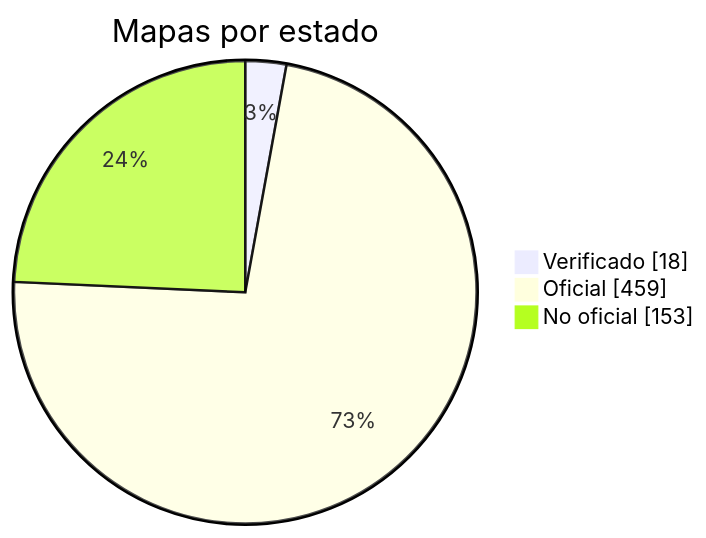
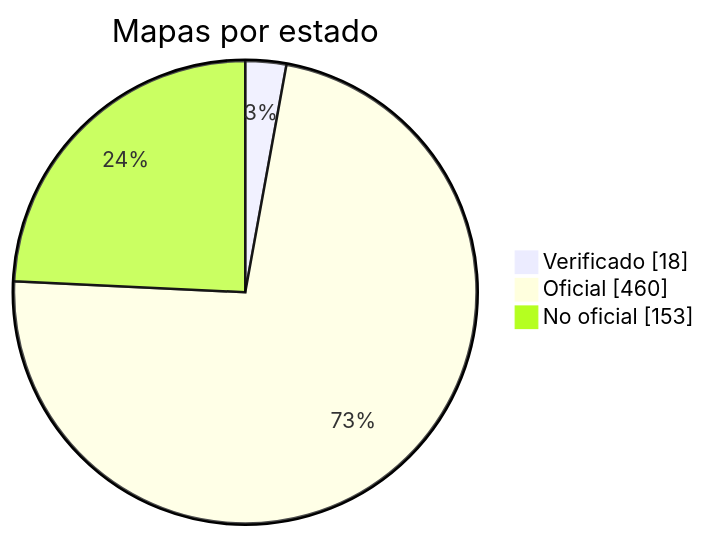
Before and after one commit to nobrega8/mbmap-library: the diagram in docs/readme/README_ES.md, drawn with Mermaid. The commit also changed 6 other files, not shown here.

````diff
--- a/docs/readme/README_ES.md
+++ b/docs/readme/README_ES.md
@@ -54,7 +54,7 @@
 ```mermaid
 pie showData
     title Mapas por estado
     "Verificado" : 18
-    "Oficial" : 459
+    "Oficial" : 460
     "No oficial" : 153
 ```
````
